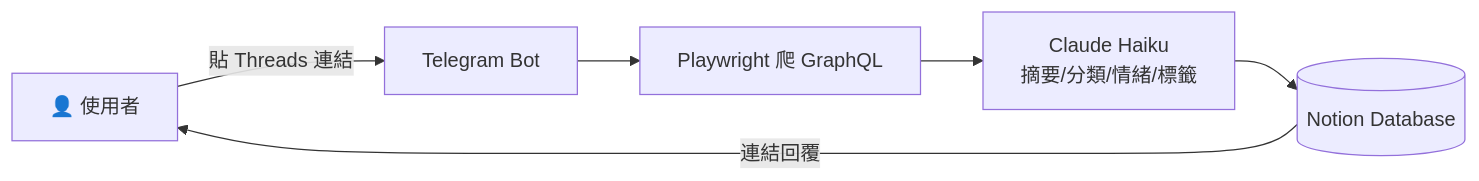
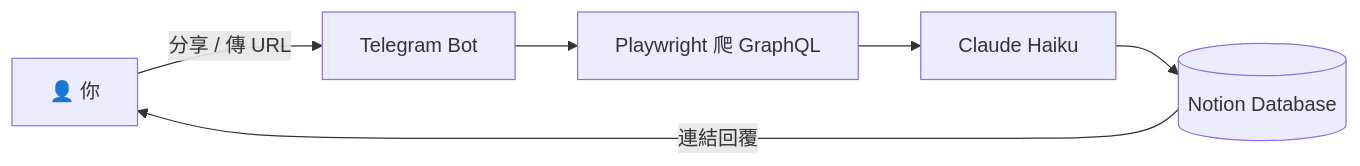
The second of 3 diagrams in README.md (kengkeng44/Telegram-Bot-Workflow-Suite-Publishing-Bookmarking), drawn with Mermaid before and after one commit. The commit also changed other lines of this file, not shown here.

````diff
--- a/README.md
+++ b/README.md
@@ -19,8 +34,8 @@
 ```mermaid
 flowchart LR
-    U[👤 使用者] -->|貼 Threads 連結| TG1[Telegram Bot]
+    U[👤 你] -->|分享 / 傳 URL| TG1[Telegram Bot]
     TG1 --> SCRAPE[Playwright 爬 GraphQL]
-    SCRAPE --> CLAUDE1[Claude Haiku<br/>摘要/分類/情緒/標籤]
-    CLAUDE1 --> NOTION1[(Notion Database)]
-    NOTION1 -->|連結回覆| U
+    SCRAPE --> CLAUDE1m[Claude Haiku]
+    CLAUDE1m --> NOTION1m[(Notion Database)]
+    NOTION1m -->|連結回覆| U
 ```
````
